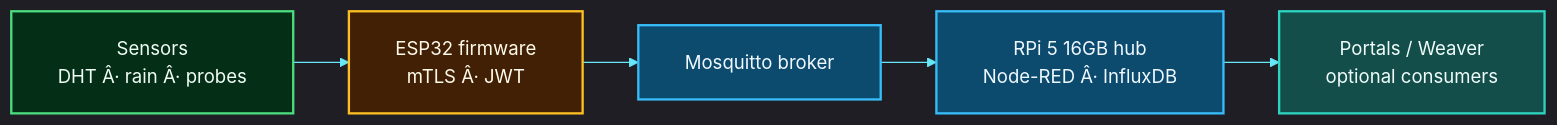
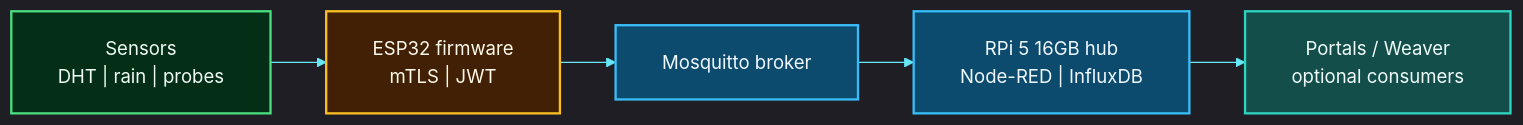
Before and after one commit to fivepanelhat/Sovereign-Edge-Firmware: the diagram in README.md, drawn with Mermaid. The commit also changed other lines of this file and 9 other files, not shown here.

````diff
--- a/README.md
+++ b/README.md
@@ -61,44 +61,44 @@
 ```mermaid
 %%{init: {
   "theme": "dark",
   "themeVariables": {
     "fontSize": "16px",
     "fontFamily": "Inter, ui-sans-serif, system-ui, sans-serif",
     "primaryColor": "#0ea5e9",
     "primaryTextColor": "#f8fafc",
     "primaryBorderColor": "#38bdf8",
     "lineColor": "#67e8f9",
     "secondaryColor": "#1e293b",
     "tertiaryColor": "#0f172a",
     "clusterBkg": "#0b1220cc",
     "clusterBorder": "#38bdf880",
     "titleColor": "#e2e8f0"
   },
   "flowchart": {
     "nodeSpacing": 40,
     "rankSpacing": 48,
     "padding": 20,
     "htmlLabels": true,
     "curve": "basis"
   }
 }}%%
 flowchart LR
 
     classDef sense fill:#052e16,stroke:#4ade80,stroke-width:2px,color:#f0fdf4
     classDef edge fill:#0c4a6e,stroke:#38bdf8,stroke-width:2px,color:#f0f9ff
     classDef core fill:#134e4a,stroke:#2dd4bf,stroke-width:2px,color:#f0fdfa
     classDef act fill:#422006,stroke:#fbbf24,stroke-width:2px,color:#fffbeb
     classDef store fill:#1e1b4b,stroke:#a5b4fc,stroke-width:2px,color:#eef2ff
     classDef ai fill:#3b0764,stroke:#e879f9,stroke-width:2px,color:#fdf4ff
     classDef app fill:#1e1b4b,stroke:#c4b5fd,stroke-width:2px,color:#eef2ff
 
-    S["Sensors<br/>DHT Â· rain Â· probes"] --> ESP["ESP32 firmware<br/>mTLS Â· JWT"]
+    S["Sensors<br/>DHT | rain | probes"] --> ESP["ESP32 firmware<br/>mTLS | JWT"]
     ESP --> MQTT["Mosquitto broker"]
-    MQTT --> PI["RPi 5 16GB hub<br/>Node-RED Â· InfluxDB"]
+    MQTT --> PI["RPi 5 16GB hub<br/>Node-RED | InfluxDB"]
     PI --> PORTAL["Portals / Weaver<br/>optional consumers"]
 
     class S sense
     class ESP act
     class MQTT,PI edge
     class PORTAL core
 ```
````
